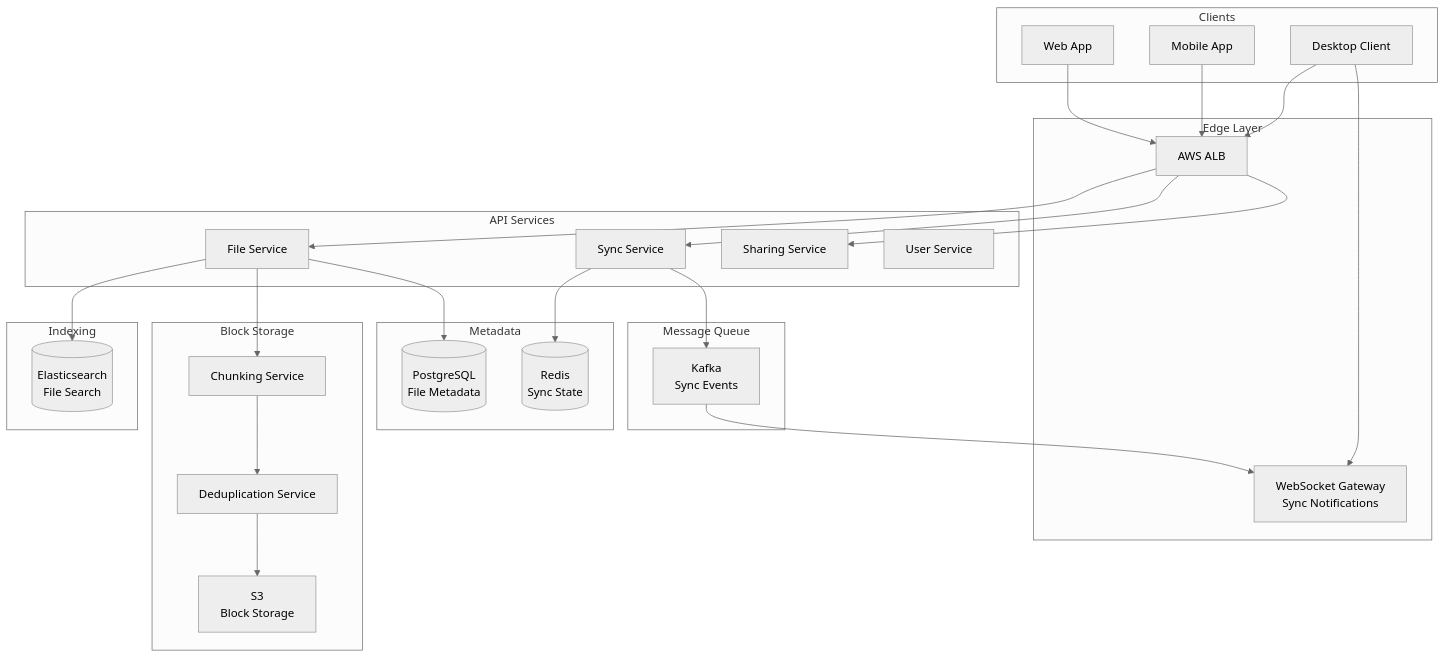
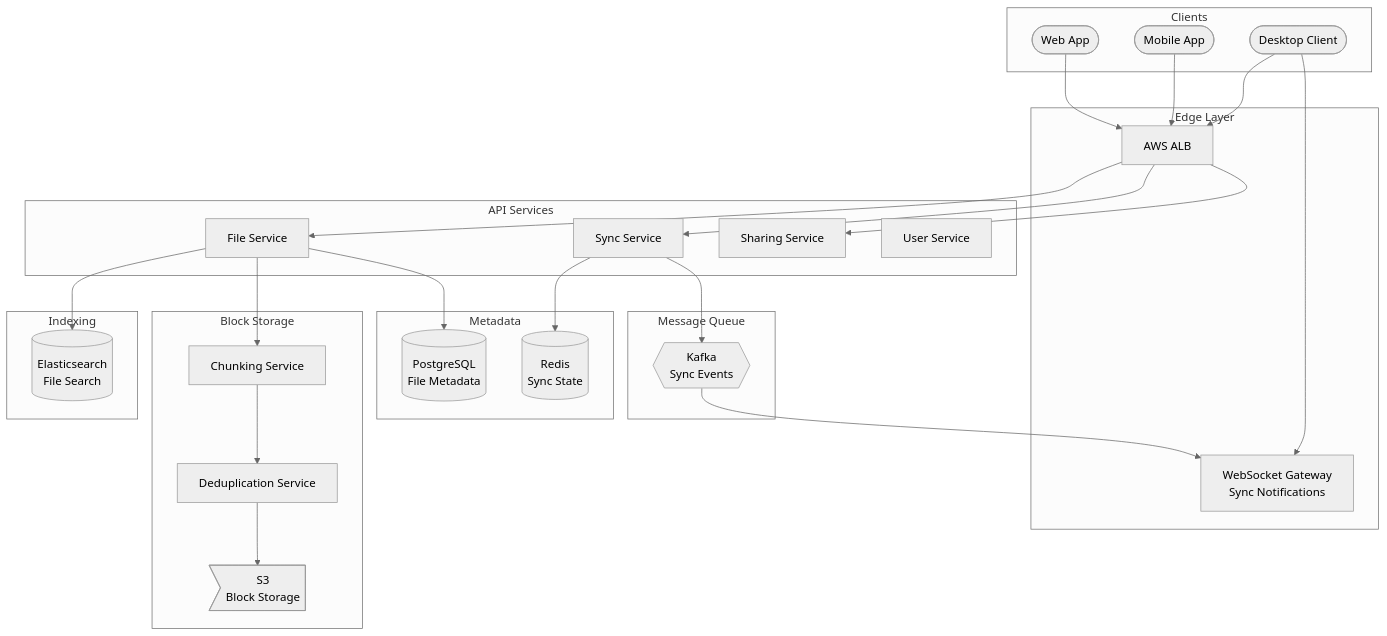
Before and after one commit to ShanmugaGanesh1999/Portfolio: the diagram in docs/prep/System Design/06-Case-Studies/11-google-drive.md, drawn with Mermaid (neutral theme). The commit also changed 40 other files, not shown here.

First line of the commit message:
Refactor diagram node rendering to use reusable shape components

````diff
--- a/docs/prep/System Design/06-Case-Studies/11-google-drive.md
+++ b/docs/prep/System Design/06-Case-Studies/11-google-drive.md
@@ -49,55 +49,55 @@
 ```mermaid
 graph TD
     subgraph Clients
-        C1[Desktop Client]
-        C2[Mobile App]
-        C3[Web App]
+        C1([Desktop Client])
+        C2([Mobile App])
+        C3([Web App])
     end
     
     subgraph Edge Layer
         LB[AWS ALB]
         WS[WebSocket Gateway<br/>Sync Notifications]
     end
     
     subgraph API Services
         FS[File Service]
         SS[Sync Service]
         SHARE[Sharing Service]
         US[User Service]
     end
     
     subgraph Block Storage
         CHUNK[Chunking Service]
         DEDUP[Deduplication Service]
-        S3[S3<br/>Block Storage]
+        S3>S3<br/>Block Storage]
     end
     
     subgraph Metadata
         PG[(PostgreSQL<br/>File Metadata)]
         REDIS[(Redis<br/>Sync State)]
     end
     
     subgraph Message Queue
-        KAFKA[Kafka<br/>Sync Events]
+        KAFKA{{Kafka<br/>Sync Events}}
     end
     
     subgraph Indexing
         ES[(Elasticsearch<br/>File Search)]
     end
     
     C1 --> LB
     C1 --> WS
     C2 --> LB
     C3 --> LB
     LB --> FS
     LB --> SS
     LB --> SHARE
     FS --> CHUNK
     CHUNK --> DEDUP
     DEDUP --> S3
     FS --> PG
     SS --> KAFKA
     SS --> REDIS
     KAFKA --> WS
     FS --> ES
 ```
````
